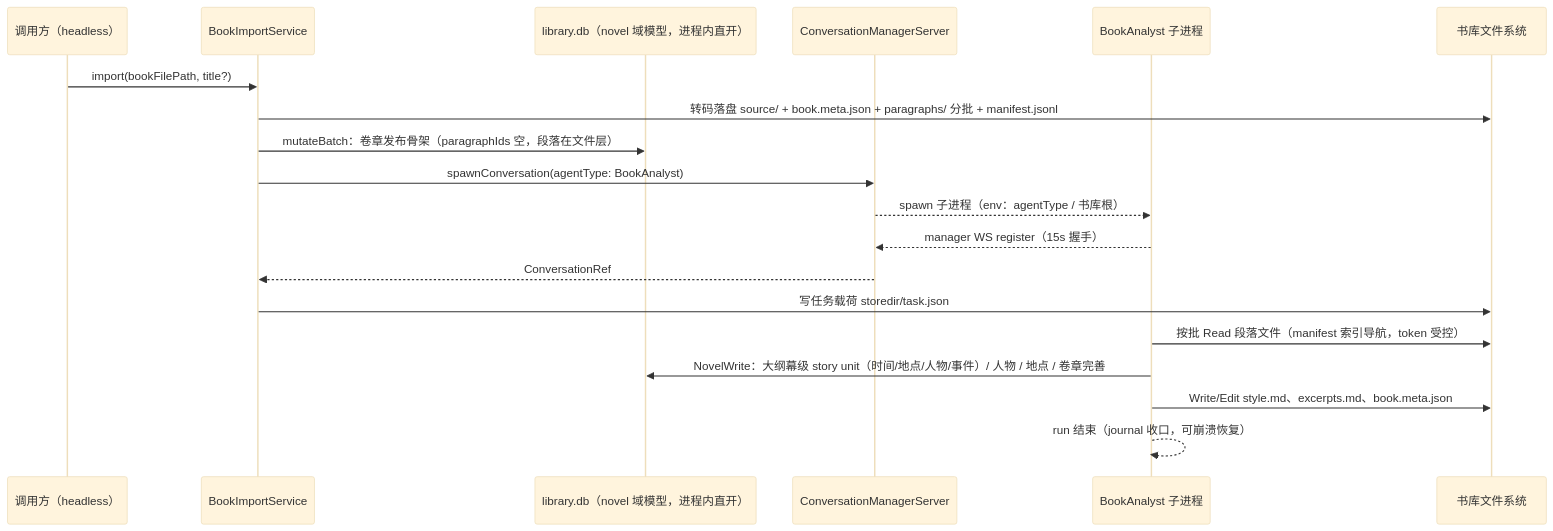
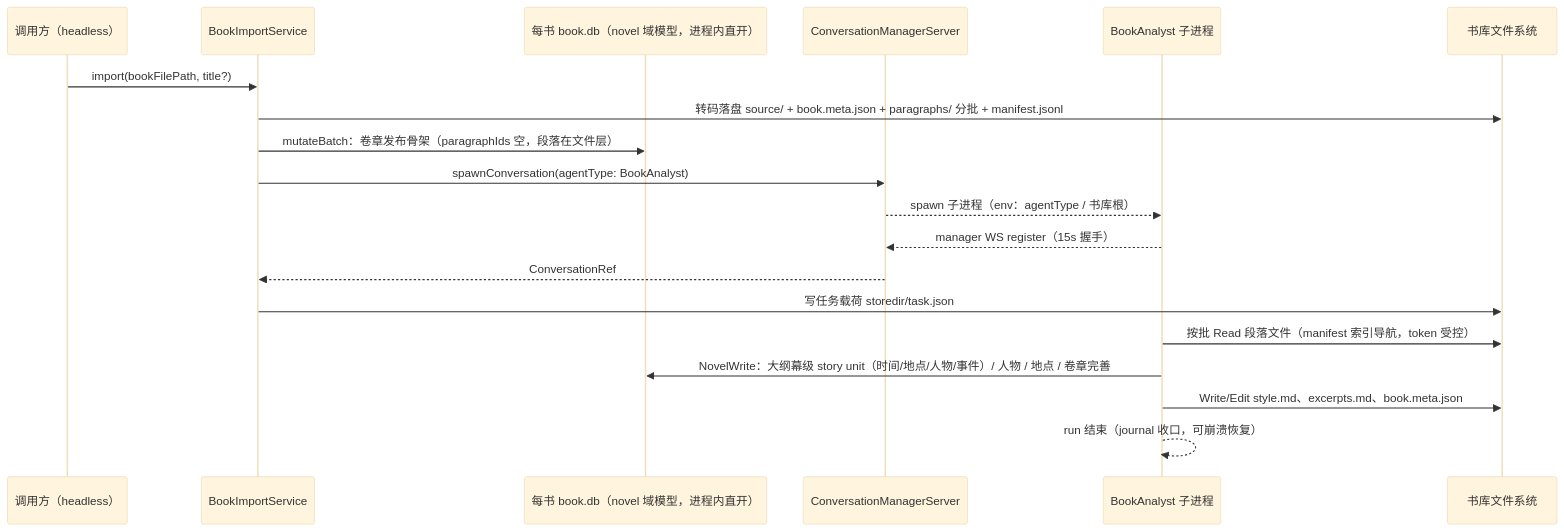
Before and after one commit to fanghuarunbalala/nova-writing: the second of 5 diagrams in docs/PRD/library-完本解构.md, drawn with Mermaid (base theme). The commit also changed other lines of this file and 27 other files, not shown here.

First line of the commit message:
feat(library): 完本解构管线落地——BookAnalyst 后台会话 + LibraryService 门面 + LibraryRead 接入

````diff
--- a/docs/PRD/library-完本解构.md
+++ b/docs/PRD/library-完本解构.md
@@ -60,22 +60,22 @@
 ```mermaid
 sequenceDiagram
     participant U as 调用方（headless）
     participant IMP as BookImportService
-    participant DB as library.db（novel 域模型，进程内直开）
+    participant DB as 每书 book.db（novel 域模型，进程内直开）
     participant CMS as ConversationManagerServer
     participant CH as BookAnalyst 子进程
     participant FS as 书库文件系统
 
     U->>IMP: import(bookFilePath, title?)
     IMP->>FS: 转码落盘 source/ + book.meta.json + paragraphs/ 分批 + manifest.jsonl
     IMP->>DB: mutateBatch：卷章发布骨架（paragraphIds 空，段落在文件层）
     IMP->>CMS: spawnConversation(agentType: BookAnalyst)
     CMS-->>CH: spawn 子进程（env：agentType / 书库根）
     CH-->>CMS: manager WS register（15s 握手）
     CMS-->>IMP: ConversationRef
     IMP->>FS: 写任务载荷 storedir/task.json
     CH->>FS: 按批 Read 段落文件（manifest 索引导航，token 受控）
     CH->>DB: NovelWrite：大纲幕级 story unit（时间/地点/人物/事件）/ 人物 / 地点 / 卷章完善
     CH->>FS: Write/Edit style.md、excerpts.md、book.meta.json
     CH-->>CH: run 结束（journal 收口，可崩溃恢复）
 ```
````
